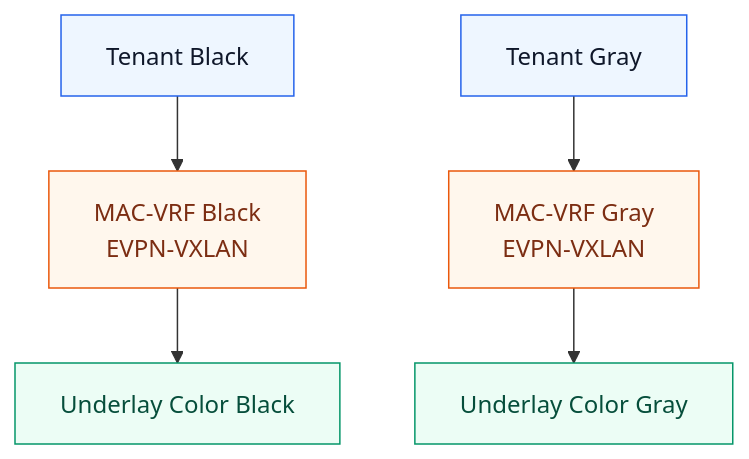
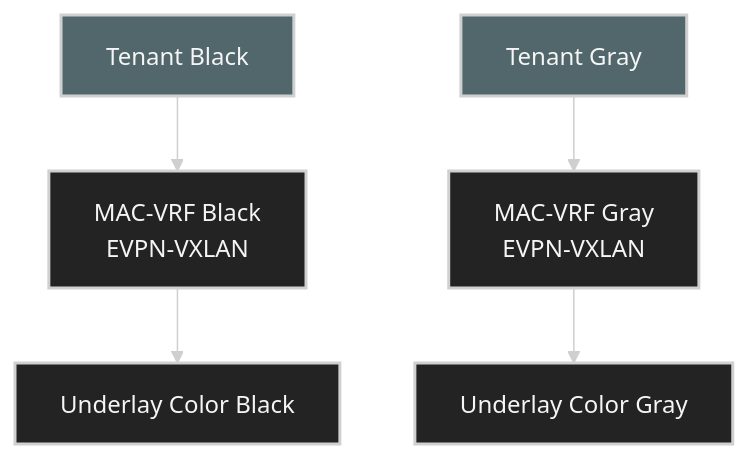
The second of 11 diagrams in ai-data-center-network/chap08/README.md (ziwon/ai-data-center-network), drawn with Mermaid before and after one commit. The commit also changed other lines of this file and 35 other files, not shown here.

Commit message:
docs(mermaid): apply dark diagram style

````diff
--- a/ai-data-center-network/chap08/README.md
+++ b/ai-data-center-network/chap08/README.md
@@ -329,16 +330,17 @@
 ```mermaid
+%%{init: {"theme": "base", "themeVariables": {"background": "#171717", "primaryColor": "#232323", "primaryTextColor": "#f5f5f5", "primaryBorderColor": "#d0d0d0", "lineColor": "#cfcfcf", "fontFamily": "Inter, Arial, sans-serif"}}}%%
 flowchart TB
-    classDef tenant fill:#eef6ff,stroke:#2563eb,color:#0f172a
-    classDef overlay fill:#fff7ed,stroke:#ea580c,color:#7c2d12
-    classDef underlay fill:#ecfdf5,stroke:#059669,color:#064e3b
+    classDef tenant fill:#52676b,stroke:#d0d0d0,color:#f5f5f5,stroke-width:2px;
+    classDef overlay fill:#232323,stroke:#d0d0d0,color:#f5f5f5,stroke-width:2px;
+    classDef underlay fill:#232323,stroke:#d0d0d0,color:#f5f5f5,stroke-width:2px;
 
     TB[Tenant Black]:::tenant
     TG[Tenant Gray]:::tenant
     MB[MAC-VRF Black<br/>EVPN-VXLAN]:::overlay
     MG[MAC-VRF Gray<br/>EVPN-VXLAN]:::overlay
     UB[Underlay Color Black]:::underlay
     UG[Underlay Color Gray]:::underlay
 
     TB --> MB --> UB
     TG --> MG --> UG
 ```
````
